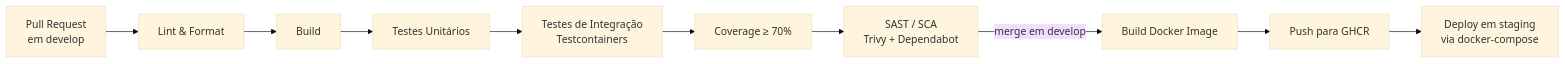
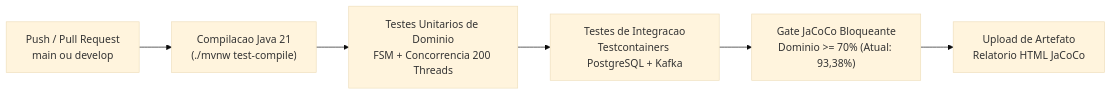
Before and after one commit to leofwingert/BolsoPass: the diagram in Pacote 2 - Arquitetura e Infraestrutura/04 - Pipeline de Desenvolvimento.md, drawn with Mermaid (base theme). The commit also changed other lines of this file and 92 other files, not shown here.

````diff
--- a/Pacote 2 - Arquitetura e Infraestrutura/04 - Pipeline de Desenvolvimento.md
+++ b/Pacote 2 - Arquitetura e Infraestrutura/04 - Pipeline de Desenvolvimento.md
@@ -9,16 +29,11 @@
 ```mermaid
 flowchart LR
-  PR[Pull Request<br/>em develop]
-  LINT[Lint & Format]
-  BUILD[Build]
-  UT[Testes Unitários]
-  IT[Testes de Integração<br/>Testcontainers]
-  COV[Coverage ≥ 70%]
-  SAST[SAST / SCA<br/>Trivy + Dependabot]
-  IMG[Build Docker Image]
-  PUSH[Push para GHCR]
-  DEPLOY[Deploy em staging<br/>via docker-compose]
+    PR["Push / Pull Request<br/>main ou develop"]
+    BUILD["Compilacao Java 21<br/>(./mvnw test-compile)"]
+    UT["Testes Unitarios de Dominio<br/>FSM + Concorrencia 200 Threads"]
+    IT["Testes de Integracao<br/>Testcontainers PostgreSQL + Kafka"]
+    COV["Gate JaCoCo Bloqueante<br/>Dominio >= 70% (Atual: 93,38%)"]
+    ART["Upload de Artefato<br/>Relatorio HTML JaCoCo"]
 
-  PR --> LINT --> BUILD --> UT --> IT --> COV --> SAST
-  SAST -->|merge em develop| IMG --> PUSH --> DEPLOY
+    PR --> BUILD --> UT --> IT --> COV --> ART
 ```
````
